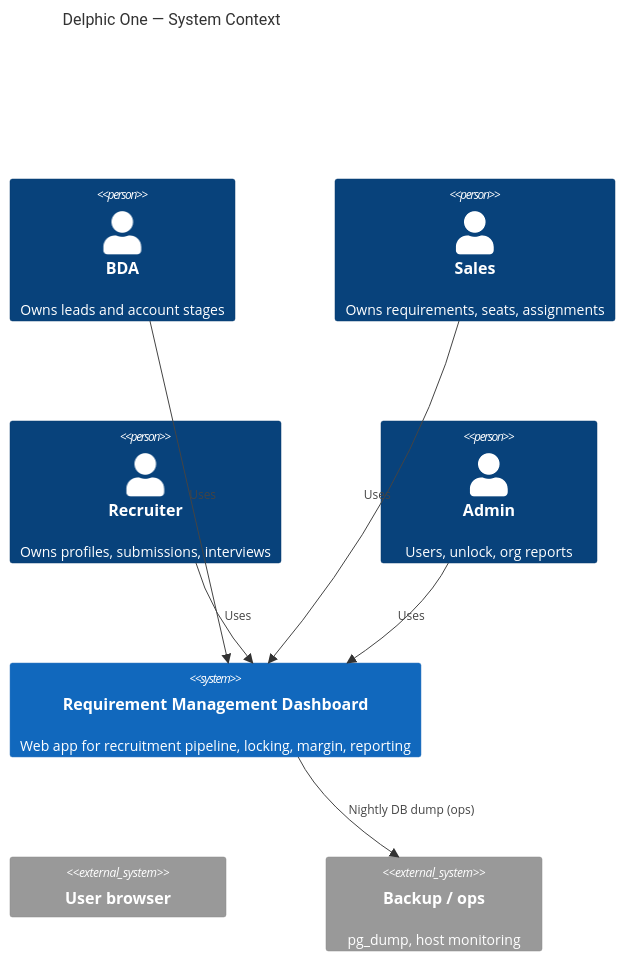
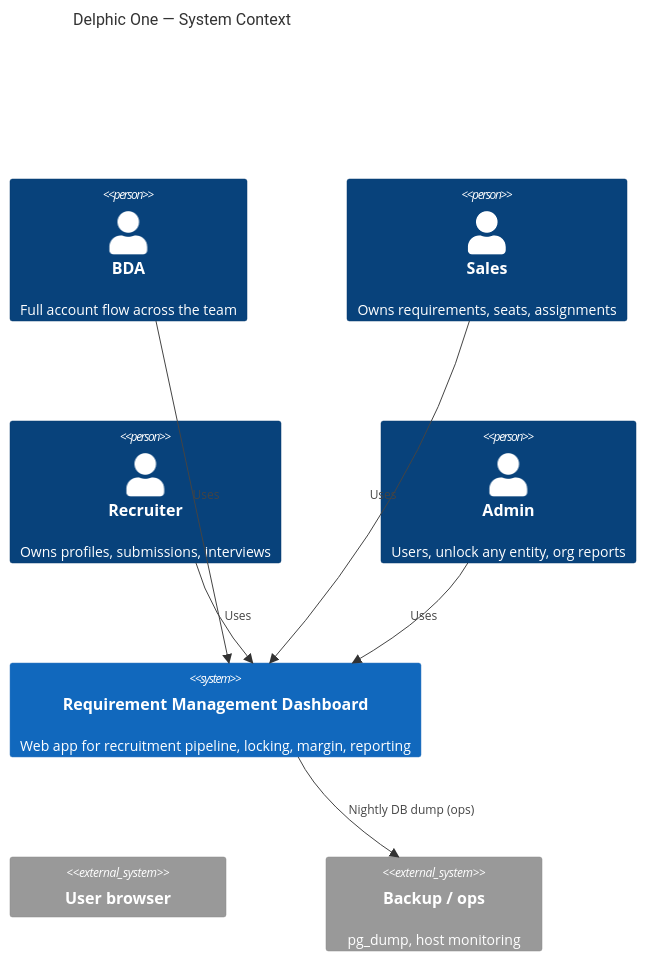
The first of 4 diagrams in docs/architecture/HLD.md (deepanshu-chauhan-delphic/delphic-one), drawn with Mermaid before and after one commit. The commit also changed other lines of this file and 6 other files, not shown here.

First line of the commit message:
docs: refresh architecture diagrams for BDA team-wide accounts

````diff
--- a/docs/architecture/HLD.md
+++ b/docs/architecture/HLD.md
@@ -80,20 +80,20 @@
 ```mermaid
 C4Context
     title Delphic One — System Context
 
-    Person(bda, "BDA", "Owns leads and account stages")
+    Person(bda, "BDA", "Full account flow across the team")
     Person(sales, "Sales", "Owns requirements, seats, assignments")
     Person(recruiter, "Recruiter", "Owns profiles, submissions, interviews")
-    Person(admin, "Admin", "Users, unlock, org reports")
+    Person(admin, "Admin", "Users, unlock any entity, org reports")
 
     System(rmd, "Requirement Management Dashboard", "Web app for recruitment pipeline, locking, margin, reporting")
 
     System_Ext(browser, "User browser")
     System_Ext(backup, "Backup / ops", "pg_dump, host monitoring")
 
     Rel(bda, rmd, "Uses")
     Rel(sales, rmd, "Uses")
     Rel(recruiter, rmd, "Uses")
     Rel(admin, rmd, "Uses")
     Rel(rmd, backup, "Nightly DB dump (ops)")
 ```
````
